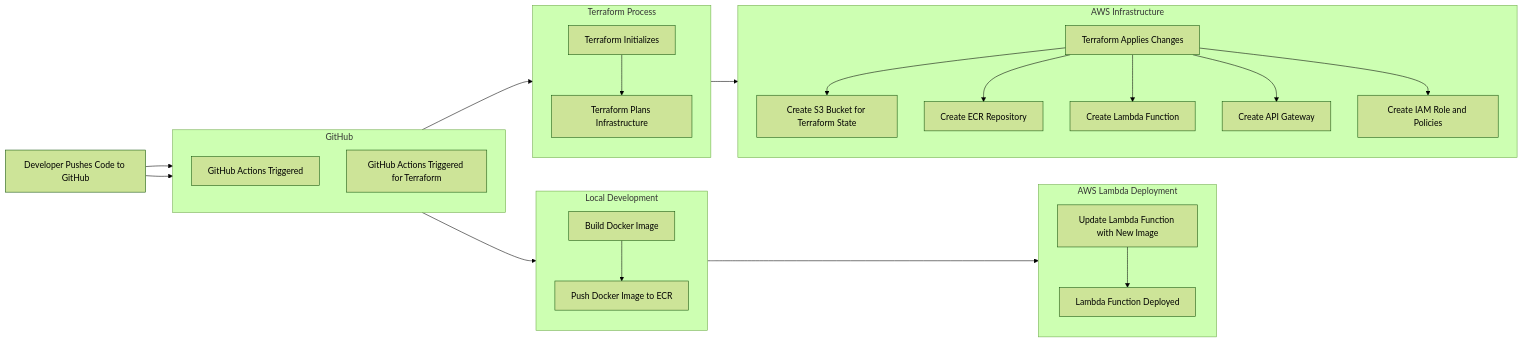
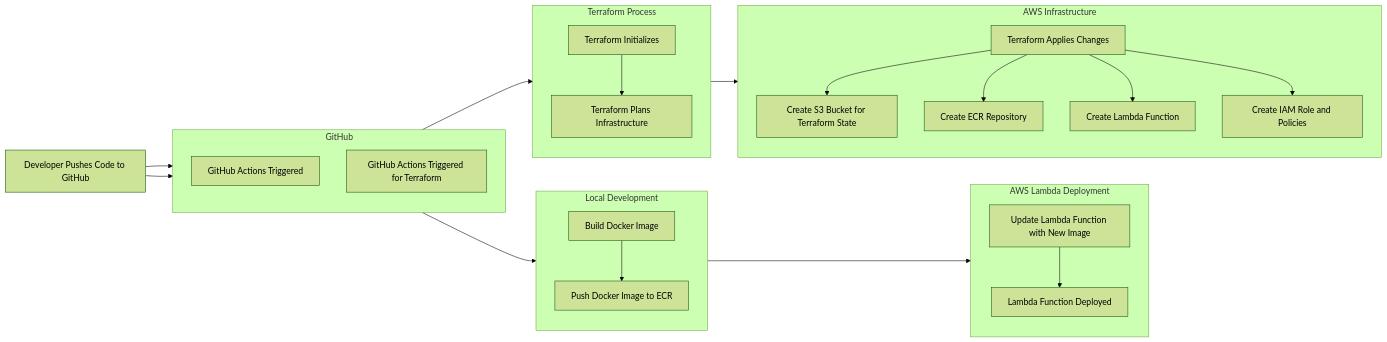
Before and after one commit to EnigmaticMachine/aws-lambda-ci-cd-template: the diagram in tutorials/01_high_level_overview.md, drawn with Mermaid (forest theme).

Commit message:
Fix Solution Diagram

````diff
--- a/tutorials/01_high_level_overview.md
+++ b/tutorials/01_high_level_overview.md
@@ -30,47 +30,46 @@
 ```mermaid
 flowchart LR
     A[Developer Pushes Code to GitHub] --> B[GitHub Actions Triggered]
     B --> C[Build Docker Image]
     C --> D[Push Docker Image to ECR]
     D --> E[Update Lambda Function with New Image]
     E --> F[Lambda Function Deployed]
 
     A --> G[GitHub Actions Triggered for Terraform]
     G --> H[Terraform Initializes]
     H --> I[Terraform Plans Infrastructure]
     I --> J[Terraform Applies Changes]
 
     subgraph AWS Infrastructure
         direction TB
         J --> S3[Create S3 Bucket for Terraform State]
         J --> ECR[Create ECR Repository]
         J --> LAMBDA[Create Lambda Function]
-        J --> APIGW[Create API Gateway]
         J --> IAM[Create IAM Role and Policies]
     end
 
     subgraph Local Development
         direction TB
         C
         D
     end
 
     subgraph GitHub
         direction TB
         B
         G
     end
 
     subgraph AWS Lambda Deployment
         direction TB
         E
         F
     end
 
     subgraph Terraform Process
         direction TB
         H
         I
         J
     end
 ```
````
